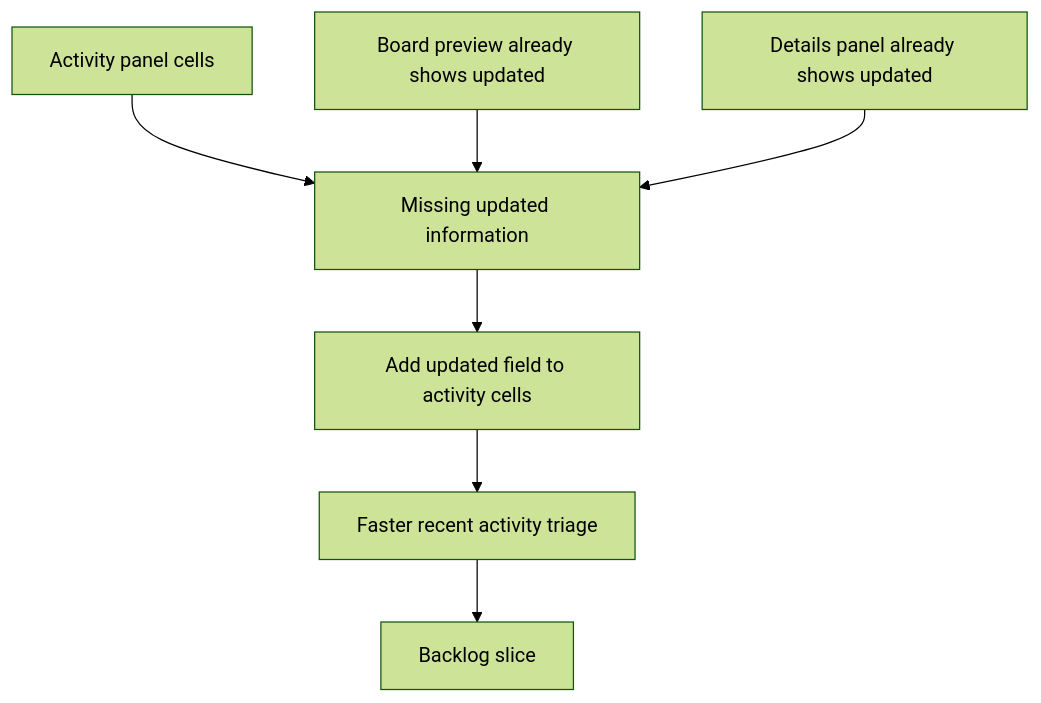
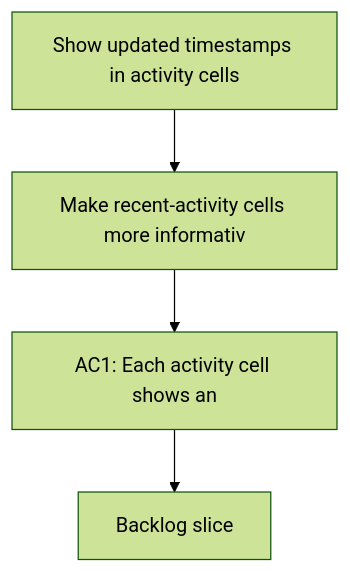
Before and after one commit to AlexAgo83/logics-manager: the diagram in logics/request/req_113_show_updated_timestamps_in_activity_cells.md, drawn with Mermaid (forest theme). The commit also changed other lines of this file and 481 other files, not shown here.

````diff
--- a/logics/request/req_113_show_updated_timestamps_in_activity_cells.md
+++ b/logics/request/req_113_show_updated_timestamps_in_activity_cells.md
@@ -25,11 +25,8 @@
 ```mermaid
 %% logics-kind: request
 %% logics-signature: request|show-updated-timestamps-in-activity-cell|make-recent-activity-cells-more-informat|ac1-each-activity-cell-shows-an
 flowchart TD
-    Activity[Activity panel cells] --> Missing[Missing updated information]
-    Board[Board preview already shows updated] --> Missing
-    Details[Details panel already shows updated] --> Missing
-    Missing --> Add[Add updated field to activity cells]
-    Add --> Faster[Faster recent activity triage]
-    Faster --> Backlog[Backlog slice]
+    Trigger[Show updated timestamps in activity cells] --> Need[Make recent-activity cells more informativ]
+    Need --> Outcome[AC1: Each activity cell shows an]
+    Outcome --> Backlog[Backlog slice]
 ```
````
